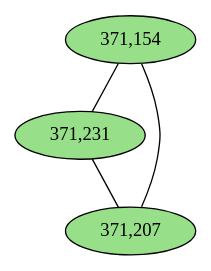
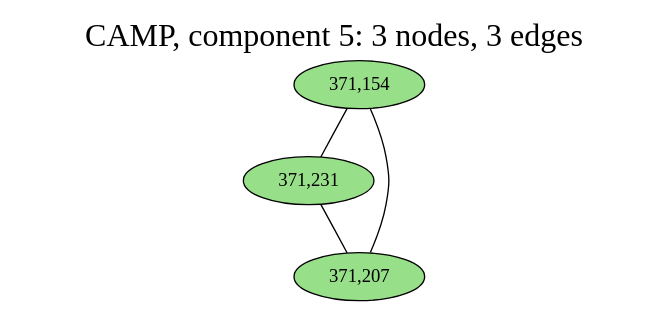
Before and after one commit to fedarko/sheepgut: the diagram in notebooks/graphs/CAMP_cc5.gv, drawn with Graphviz. The commit also changed 60 other files, not shown here.

```diff
--- a/notebooks/graphs/CAMP_cc5.gv
+++ b/notebooks/graphs/CAMP_cc5.gv
@@ -1,10 +1,13 @@
 graph CAMP_cc5 {
 	overlap="prism50";
 	outputorder="edgesfirst";
+	label="CAMP, component 5: 3 nodes, 3 edges";
+	labelloc="t";
+	fontsize=24;
 	"371,154" [style="filled", fillcolor="#98df8a", fontcolor="#000000"];
 	"371,231" [style="filled", fillcolor="#98df8a", fontcolor="#000000"];
 	"371,207" [style="filled", fillcolor="#98df8a", fontcolor="#000000"];
 	"371,154" -- "371,207";
 	"371,154" -- "371,231";
 	"371,231" -- "371,207";
 }
```
